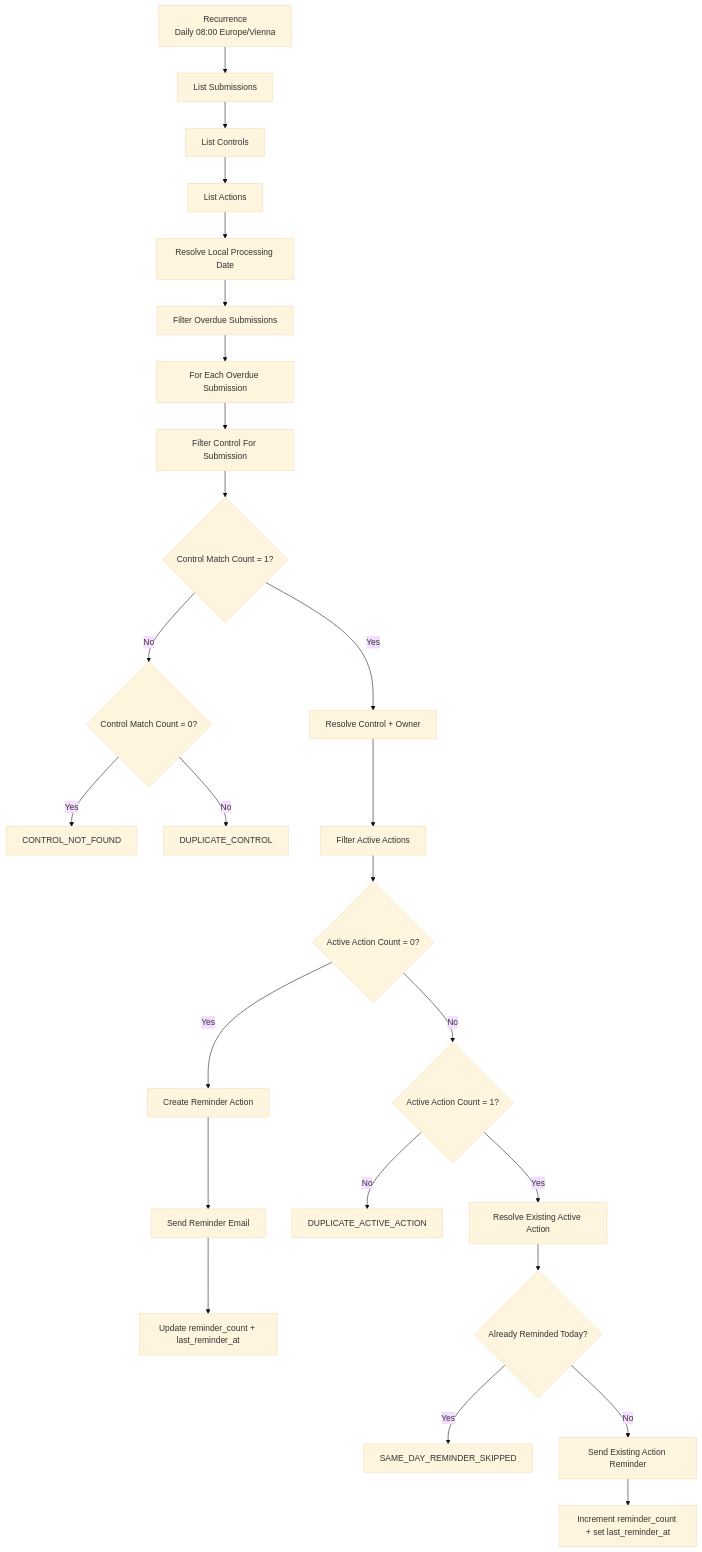
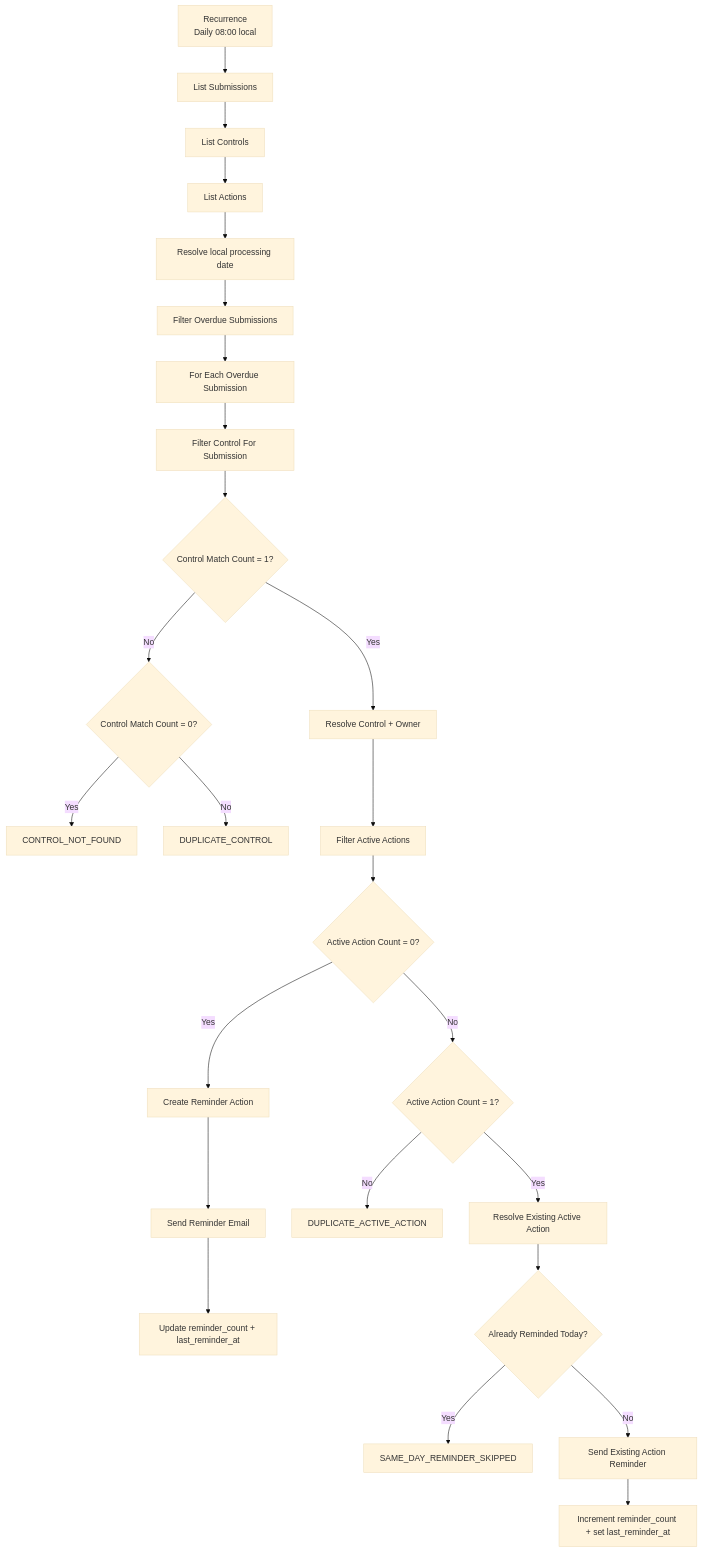
One commit to gw-ai-security/cyber-governance-automation-lab changed the diagram in docs/phase6_reminder_automation.md. Above: the diagram before and after it, drawn with Mermaid (base theme). The commit also changed other lines of this file, not shown here.

````diff
--- a/docs/phase6_reminder_automation.md
+++ b/docs/phase6_reminder_automation.md
@@ -171,32 +167,32 @@
 ```mermaid
 flowchart TD
-    A[Recurrence<br/>Daily 08:00 Europe/Vienna] --> B[List Submissions]
+    A[Recurrence<br/>Daily 08:00 local] --> B[List Submissions]
     B --> C[List Controls]
     C --> D[List Actions]
-    D --> E[Resolve Local Processing Date]
+    D --> E[Resolve local processing date]
     E --> F[Filter Overdue Submissions]
     F --> G[For Each Overdue Submission]
 
     G --> H[Filter Control For Submission]
     H --> I{Control Match Count = 1?}
 
     I -->|No| J{Control Match Count = 0?}
     J -->|Yes| K[CONTROL_NOT_FOUND]
     J -->|No| L[DUPLICATE_CONTROL]
 
     I -->|Yes| M[Resolve Control + Owner]
     M --> N[Filter Active Actions]
     N --> O{Active Action Count = 0?}
 
     O -->|Yes| P[Create Reminder Action]
     P --> Q[Send Reminder Email]
     Q --> R[Update reminder_count + last_reminder_at]
 
     O -->|No| S{Active Action Count = 1?}
     S -->|No| T[DUPLICATE_ACTIVE_ACTION]
     S -->|Yes| U[Resolve Existing Active Action]
     U --> V{Already Reminded Today?}
     V -->|Yes| W[SAME_DAY_REMINDER_SKIPPED]
     V -->|No| X[Send Existing Action Reminder]
     X --> Y[Increment reminder_count + set last_reminder_at]
 ```
````
